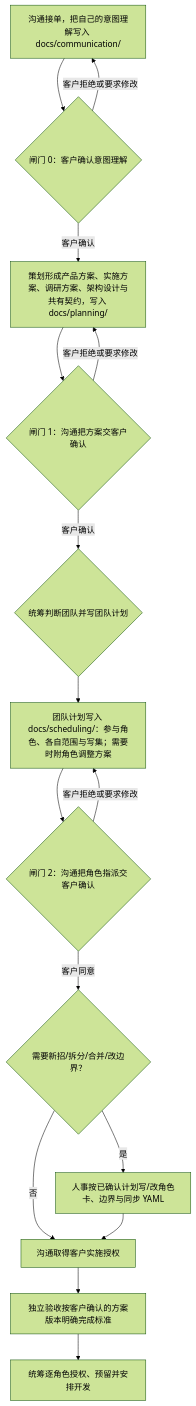
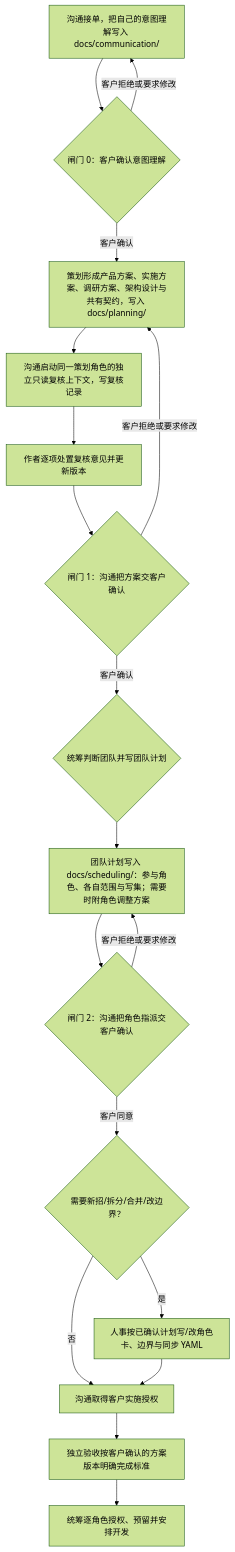
The diagram in references/planning-role.md (wangzhongren/ans-skill), drawn with Mermaid (forest theme) before and after one commit. The commit also changed other lines of this file and 25 other files, not shown here.

First line of the commit message:
docs: add planning proposal review before gate 1

````diff
--- a/references/planning-role.md
+++ b/references/planning-role.md
@@ -71,18 +71,20 @@
 ```mermaid
 flowchart TD
   intake[沟通接单，把自己的意图理解写入 docs/communication/] --> gate0{闸门 0：客户确认意图理解}
   gate0 -->|客户确认| plan[策划形成产品方案、实施方案、调研方案、架构设计与共有契约，写入 docs/planning/]
   gate0 -->|客户拒绝或要求修改| intake
-  plan --> gate1{闸门 1：沟通把方案交客户确认}
+  plan --> review[沟通启动同一策划角色的独立只读复核上下文，写复核记录]
+  review --> dispose[作者逐项处置复核意见并更新版本]
+  dispose --> gate1{闸门 1：沟通把方案交客户确认}
   gate1 -->|客户确认| judge{统筹判断团队并写团队计划}
   gate1 -->|客户拒绝或要求修改| plan
   judge --> teamplan[团队计划写入 docs/scheduling/：参与角色、各自范围与写集；需要时附角色调整方案]
   teamplan --> gate2{闸门 2：沟通把角色指派交客户确认}
   gate2 -->|客户同意| needrecruit{需要新招/拆分/合并/改边界？}
   gate2 -->|客户拒绝或要求修改| teamplan
   needrecruit -->|是| roles[人事按已确认计划写/改角色卡、边界与同步 YAML]
   needrecruit -->|否| authorize[沟通取得客户实施授权]
   roles --> authorize
   authorize --> criteria[独立验收按客户确认的方案版本明确完成标准]
   criteria --> schedule[统筹逐角色授权、预留并安排开发]
 ```
````
